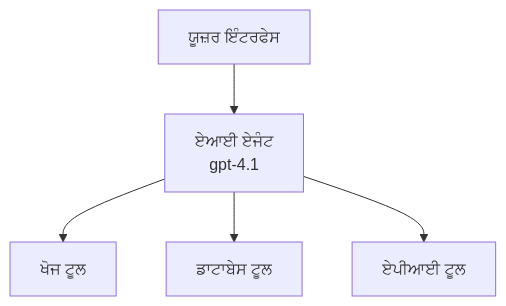
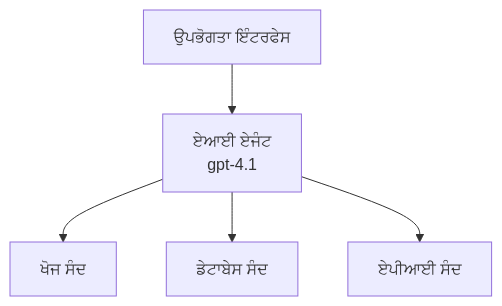
One commit to microsoft/AZD-for-beginners changed the first of 3 diagrams in translations/pa/docs/chapter-02-ai-development/agents.md. Above: the diagram before and after it, drawn with Mermaid. The commit also changed other lines of this file and 104 other files, not shown here.

````diff
--- a/translations/pa/docs/chapter-02-ai-development/agents.md
+++ b/translations/pa/docs/chapter-02-ai-development/agents.md
@@ -157,7 +162,7 @@
 ```mermaid
 graph TD
-    UI[ਯੂਜ਼ਰ ਇੰਟਰਫੇਸ] --> Agent[ਏਆਈ ਏਜੰਟ<br/>gpt-4.1]
-    Agent --> Search[ਖੋਜ ਟੂਲ]
-    Agent --> Database[ਡਾਟਾਬੇਸ ਟੂਲ]
-    Agent --> API[ਏਪੀਆਈ ਟੂਲ]
+    UI[ਉਪਭੋਗਤਾ ਇੰਟਰਫੇਸ] --> Agent[ਏਆਈ ਏਜੰਟ<br/>gpt-4.1]
+    Agent --> Search[ਖੋਜ ਸੰਦ]
+    Agent --> Database[ਡੇਟਾਬੇਸ ਸੰਦ]
+    Agent --> API[ਏਪੀਆਈ ਸੰਦ]
 ```
````
